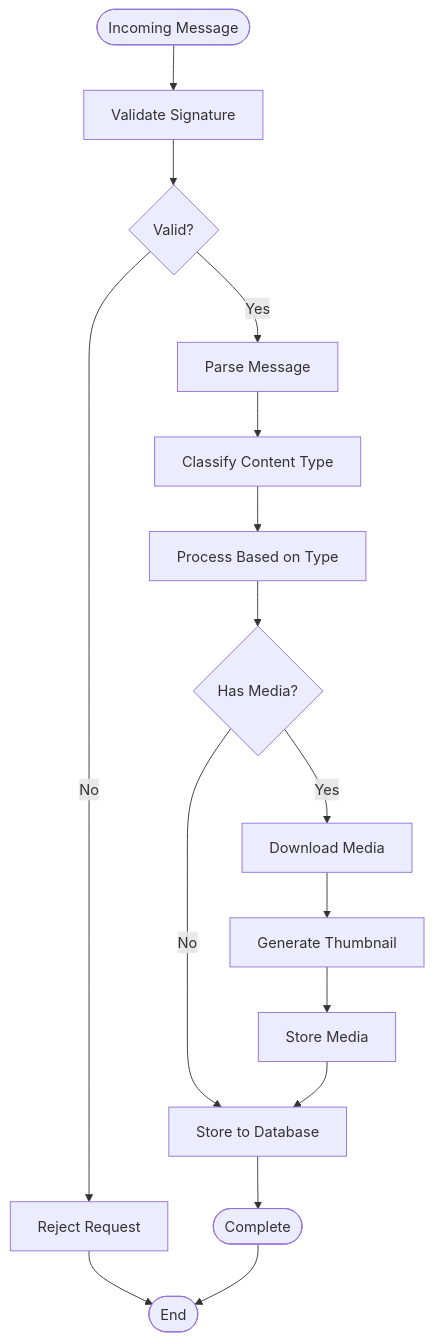
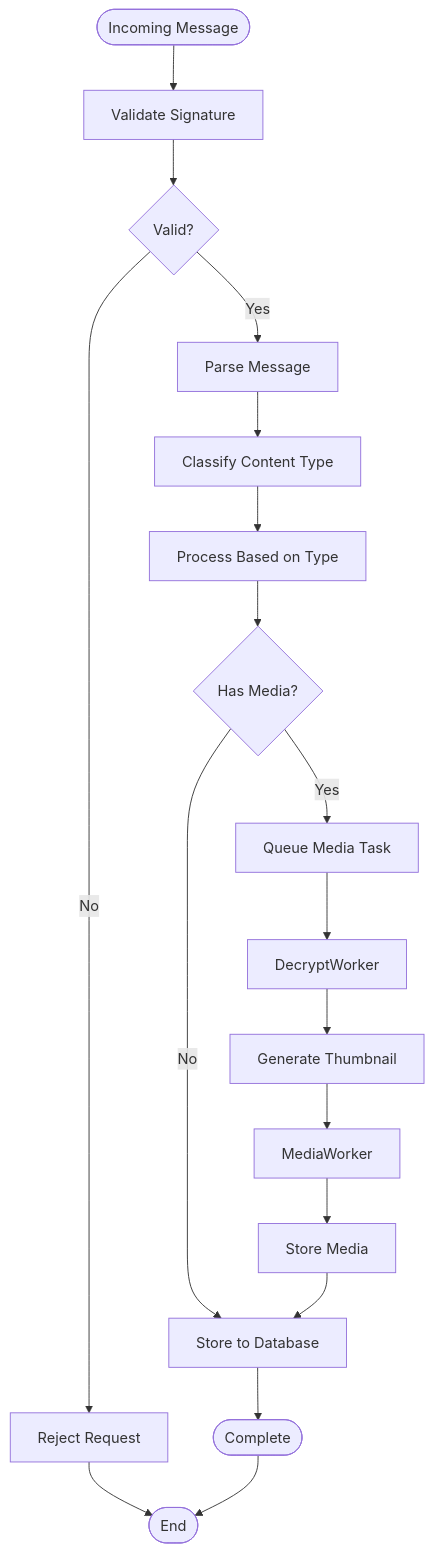
One commit to zuohaisu/wecom-archive changed the ninth of 13 diagrams in .qoder/repowiki/en/content/Architecture/Architecture.md. Above: the diagram before and after it, drawn with Mermaid. The commit also changed other lines of this file and 90 other files, not shown here.

````diff
--- a/.qoder/repowiki/en/content/Architecture/Architecture.md
+++ b/.qoder/repowiki/en/content/Architecture/Architecture.md
@@ -224,18 +428,20 @@
 ```mermaid
 flowchart TD
 Start([Incoming Message]) --> Validate["Validate Signature"]
 Validate --> Valid{"Valid?"}
 Valid --> |No| Reject["Reject Request"]
 Valid --> |Yes| Parse["Parse Message"]
 Parse --> Classify["Classify Content Type"]
 Classify --> Process["Process Based on Type"]
 Process --> DownloadMedia{"Has Media?"}
-DownloadMedia --> |Yes| Download["Download Media"]
+DownloadMedia --> |Yes| QueueMedia["Queue Media Task"]
 DownloadMedia --> |No| StoreDB["Store to Database"]
-Download --> GenerateThumb["Generate Thumbnail"]
-GenerateThumb --> StoreMedia["Store Media"]
+QueueMedia --> DecryptWorker["DecryptWorker"]
+DecryptWorker --> GenerateThumb["Generate Thumbnail"]
+GenerateThumb --> MediaWorker["MediaWorker"]
+MediaWorker --> StoreMedia["Store Media"]
 StoreMedia --> StoreDB
 StoreDB --> Complete([Complete])
 Reject --> End([End])
 Complete --> End
 ```
````
